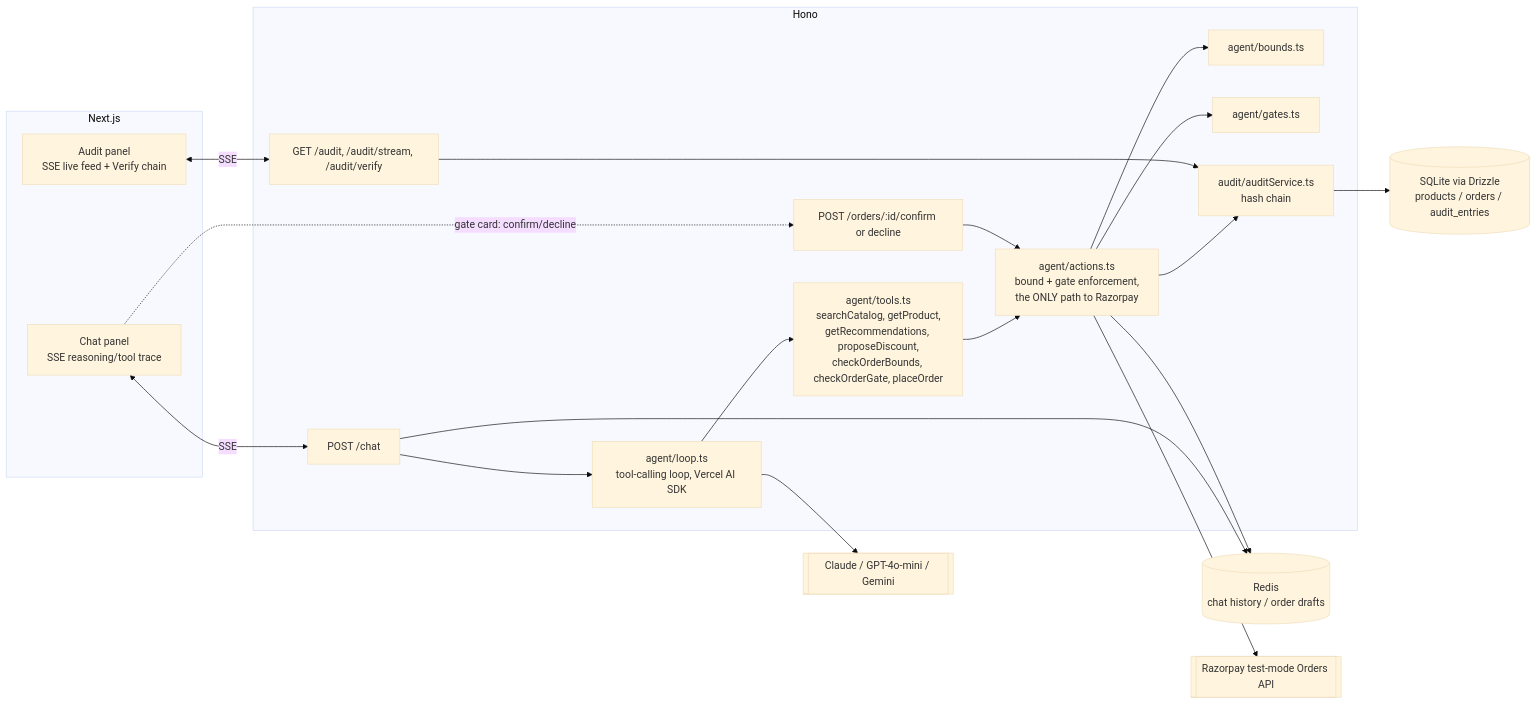
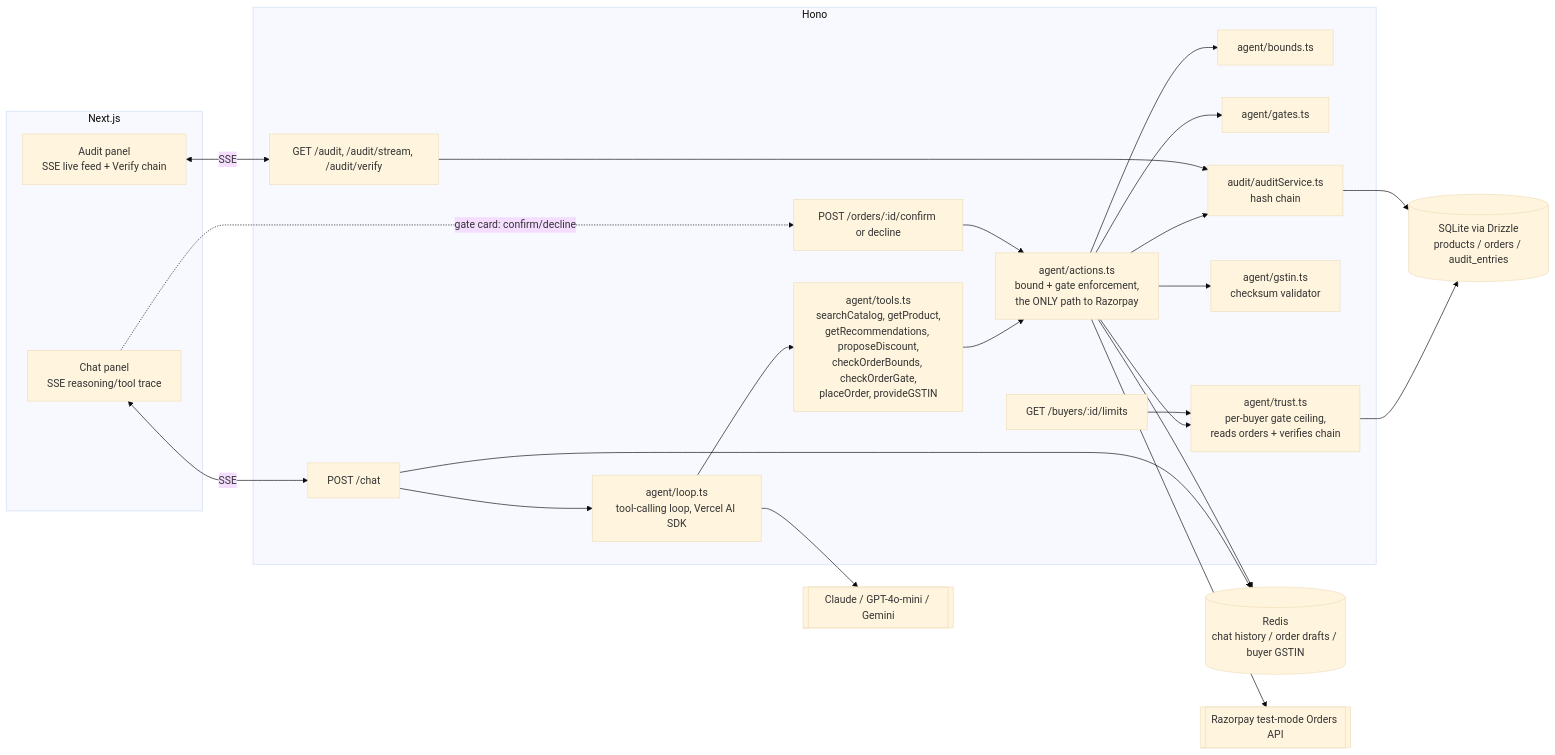
Before and after one commit to TacoJr01/razorpay-hackathon: the diagram in README.md, drawn with Mermaid (base theme). The commit also changed other lines of this file and 18 other files, not shown here.

Commit message:
Add trust-tier gates, quote expiry, GSTIN gate, and a scored benchmark

````diff
--- a/README.md
+++ b/README.md
@@ -17,35 +23,41 @@
 ```mermaid
 flowchart LR
     subgraph Frontend [Next.js]
         Chat[Chat panel<br/>SSE reasoning/tool trace]
         Audit[Audit panel<br/>SSE live feed + Verify chain]
     end
 
     subgraph Backend [Hono]
         ChatRoute[POST /chat]
         OrdersRoute["POST /orders/:id/confirm or decline"]
+        BuyersRoute["GET /buyers/:id/limits"]
         AuditRoute[GET /audit, /audit/stream, /audit/verify]
         Loop[agent/loop.ts<br/>tool-calling loop, Vercel AI SDK]
-        Tools[agent/tools.ts<br/>searchCatalog, getProduct,<br/>getRecommendations, proposeDiscount,<br/>checkOrderBounds, checkOrderGate, placeOrder]
+        Tools[agent/tools.ts<br/>searchCatalog, getProduct,<br/>getRecommendations, proposeDiscount,<br/>checkOrderBounds, checkOrderGate,<br/>placeOrder, provideGSTIN]
         Actions[agent/actions.ts<br/>bound + gate enforcement,<br/>the ONLY path to Razorpay]
         Bounds[agent/bounds.ts]
         Gates[agent/gates.ts]
+        Trust[agent/trust.ts<br/>per-buyer gate ceiling,<br/>reads orders + verifies chain]
+        GSTIN[agent/gstin.ts<br/>checksum validator]
         AuditSvc[audit/auditService.ts<br/>hash chain]
     end
 
     DB[(SQLite via Drizzle<br/>products / orders / audit_entries)]
-    Cache[(Redis<br/>chat history / order drafts)]
+    Cache[(Redis<br/>chat history / order drafts / buyer GSTIN)]
     LLM[[Claude / GPT-4o-mini / Gemini]]
     RZP[[Razorpay test-mode Orders API]]
 
     Chat <-- SSE --> ChatRoute --> Loop --> LLM
     ChatRoute --> Cache
     Loop --> Tools --> Actions
     Actions --> Bounds
     Actions --> Gates
+    Actions --> Trust --> DB
+    Actions --> GSTIN
     Actions --> Cache
     Actions --> AuditSvc --> DB
     Actions --> RZP
+    BuyersRoute --> Trust
     Chat -. gate card: confirm/decline .-> OrdersRoute --> Actions
     Audit <-- SSE --> AuditRoute --> AuditSvc
 ```
````
